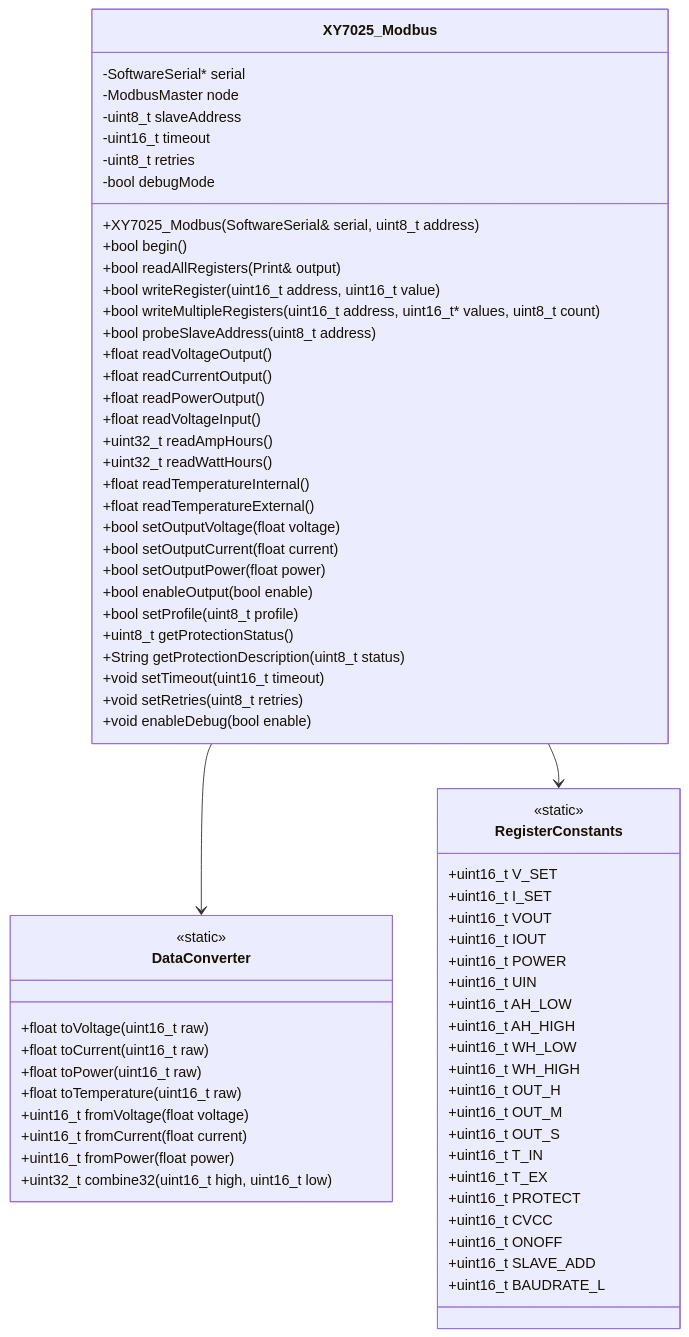
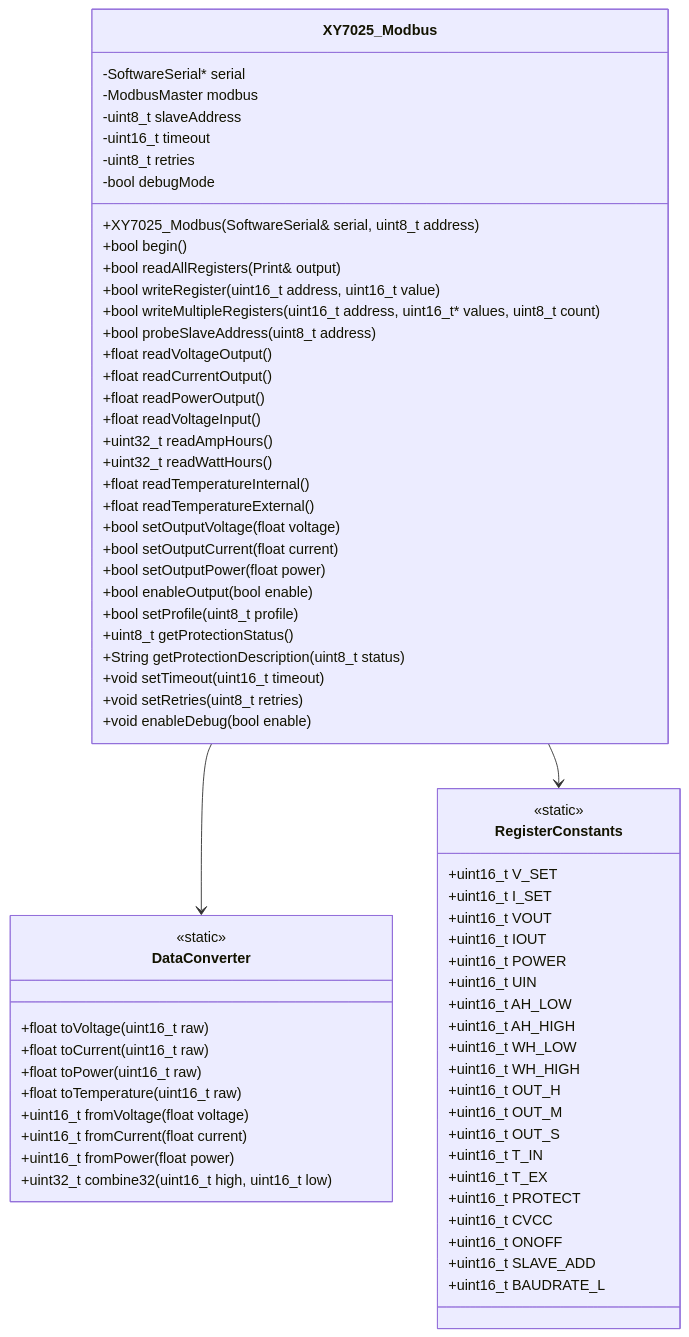
Before and after one commit to c2mismo/MPPT-XY7025: the diagram in ARCHITECTURE.md, drawn with Mermaid. The commit also changed other lines of this file, not shown here.

Commit message:
Update documentation to reflect ModbusMaster instance rename from 'node' to 'modbus'

````diff
--- a/ARCHITECTURE.md
+++ b/ARCHITECTURE.md
@@ -18,74 +18,74 @@
 ```mermaid
 classDiagram
     class XY7025_Modbus {
         -SoftwareSerial* serial
-        -ModbusMaster node
+        -ModbusMaster modbus
         -uint8_t slaveAddress
         -uint16_t timeout
         -uint8_t retries
         -bool debugMode
         +XY7025_Modbus(SoftwareSerial& serial, uint8_t address)
         +bool begin()
         +bool readAllRegisters(Print& output)
         +bool writeRegister(uint16_t address, uint16_t value)
         +bool writeMultipleRegisters(uint16_t address, uint16_t* values, uint8_t count)
         +bool probeSlaveAddress(uint8_t address)
         +float readVoltageOutput()
         +float readCurrentOutput()
         +float readPowerOutput()
         +float readVoltageInput()
         +uint32_t readAmpHours()
         +uint32_t readWattHours()
         +float readTemperatureInternal()
         +float readTemperatureExternal()
         +bool setOutputVoltage(float voltage)
         +bool setOutputCurrent(float current)
         +bool setOutputPower(float power)
         +bool enableOutput(bool enable)
         +bool setProfile(uint8_t profile)
         +uint8_t getProtectionStatus()
         +String getProtectionDescription(uint8_t status)
         +void setTimeout(uint16_t timeout)
         +void setRetries(uint8_t retries)
         +void enableDebug(bool enable)
     }
 
     class DataConverter {
         <<static>>
         +float toVoltage(uint16_t raw)
         +float toCurrent(uint16_t raw)
         +float toPower(uint16_t raw)
         +float toTemperature(uint16_t raw)
         +uint16_t fromVoltage(float voltage)
         +uint16_t fromCurrent(float current)
         +uint16_t fromPower(float power)
         +uint32_t combine32(uint16_t high, uint16_t low)
     }
 
     class RegisterConstants {
         <<static>>
         +uint16_t V_SET
         +uint16_t I_SET
         +uint16_t VOUT
         +uint16_t IOUT
         +uint16_t POWER
         +uint16_t UIN
         +uint16_t AH_LOW
         +uint16_t AH_HIGH
         +uint16_t WH_LOW
         +uint16_t WH_HIGH
         +uint16_t OUT_H
         +uint16_t OUT_M
         +uint16_t OUT_S
         +uint16_t T_IN
         +uint16_t T_EX
         +uint16_t PROTECT
         +uint16_t CVCC
         +uint16_t ONOFF
         +uint16_t SLAVE_ADD
         +uint16_t BAUDRATE_L
     }
 
     XY7025_Modbus --> DataConverter
     XY7025_Modbus --> RegisterConstants
 ```
````
